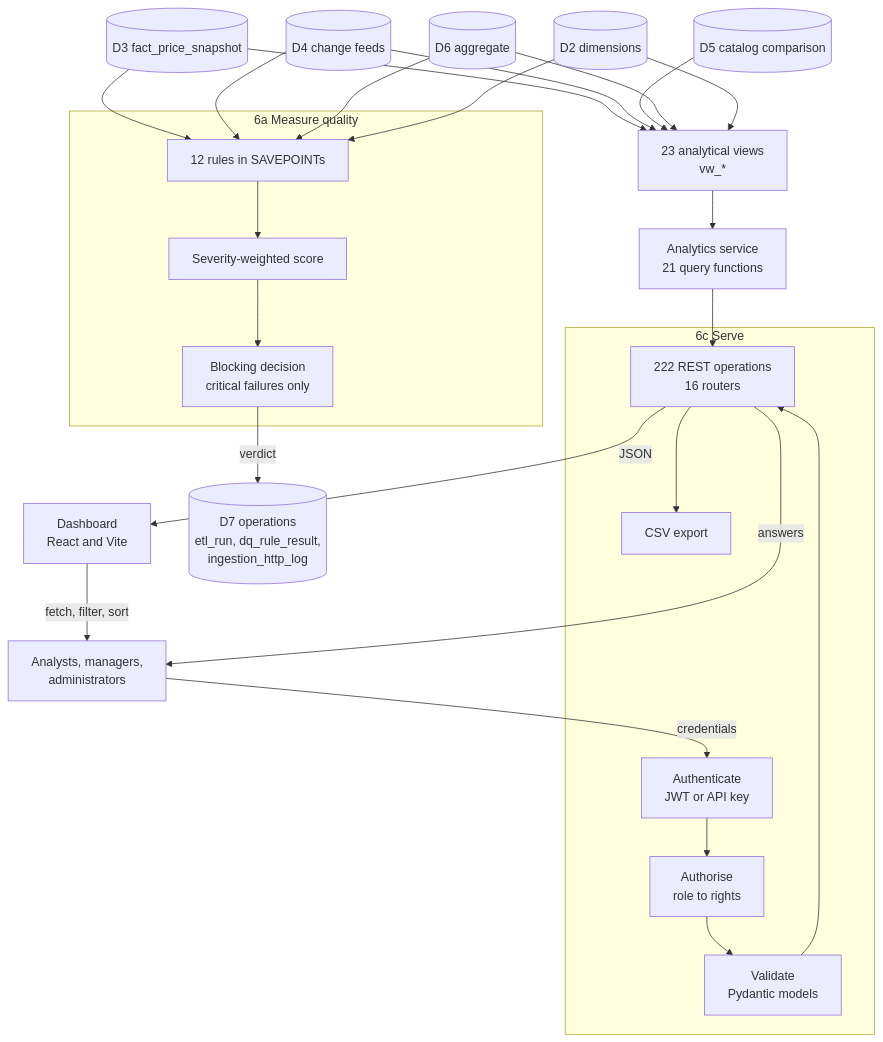
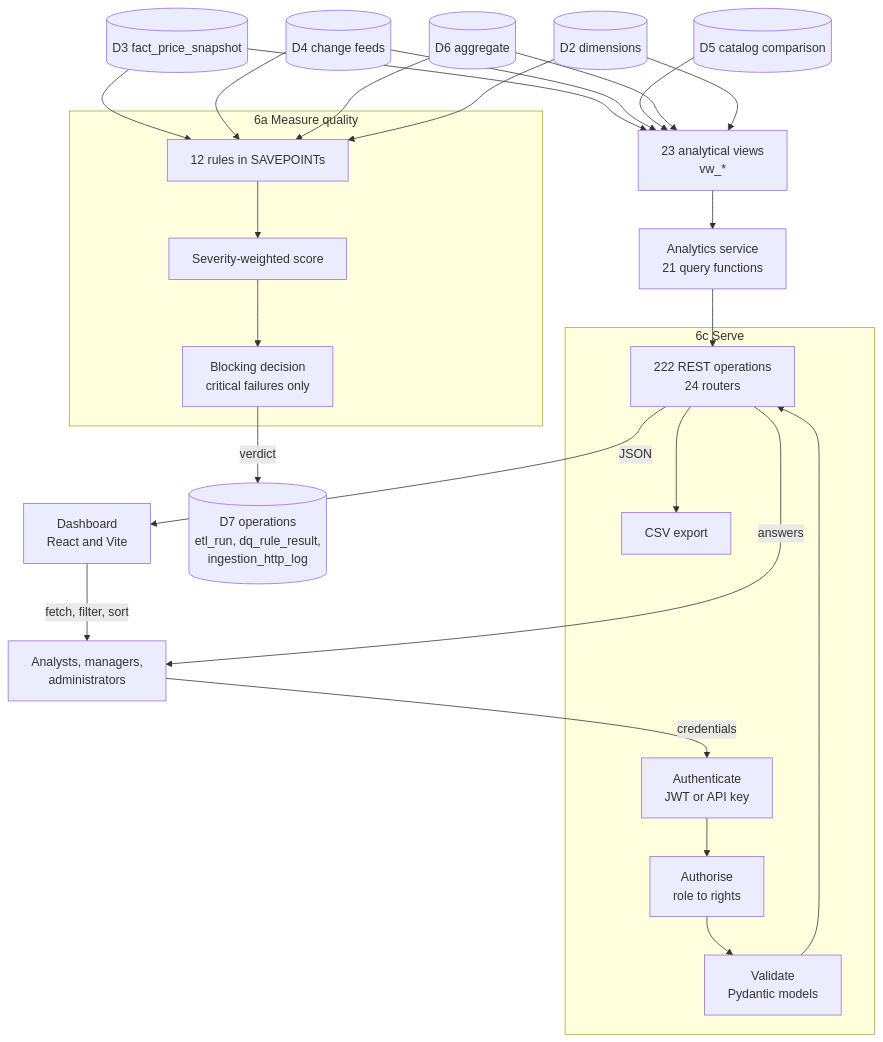
One commit to Ahmedbakr78/Web-to-Warehouse-Product-Intelligence-Pipeline changed the fifth of 6 diagrams in docs/10_data_flow_diagrams.md. Above: the diagram before and after it, drawn with Mermaid. The commit also changed 176 other files, not shown here.

First line of the commit message:
Expand the documentation and correct every stale figure in it

````diff
--- a/docs/10_data_flow_diagrams.md
+++ b/docs/10_data_flow_diagrams.md
@@ -274,51 +274,51 @@
 ```mermaid
 flowchart TB
     DS[("D3 fact_price_snapshot")]
     DC[("D4 change feeds")]
     DK[("D5 catalog comparison")]
     DA[("D6 aggregate")]
     DP[("D2 dimensions")]
     DR[("D7 operations<br/>etl_run, dq_rule_result,<br/>ingestion_http_log")]
 
     subgraph P6A["6a Measure quality"]
         Q1["12 rules in SAVEPOINTs"]
         Q2["Severity-weighted score"]
         Q3["Blocking decision<br/>critical failures only"]
     end
 
     V["23 analytical views<br/>vw_*"]
     AN["Analytics service<br/>21 query functions"]
 
     subgraph P6B["6c Serve"]
         AU["Authenticate<br/>JWT or API key"]
         RB["Authorise<br/>role to rights"]
         VAL["Validate<br/>Pydantic models"]
-        EP["222 REST operations<br/>16 routers"]
+        EP["222 REST operations<br/>24 routers"]
         CSV["CSV export"]
     end
 
     UI["Dashboard<br/>React and Vite"]
     USR["Analysts, managers,<br/>administrators"]
 
     DS --> Q1
     DC --> Q1
     DA --> Q1
     DP --> Q1
     Q1 --> Q2 --> Q3
     Q3 -->|"verdict"| DR
 
     DS --> V
     DC --> V
     DK --> V
     DA --> V
     DP --> V
     V --> AN
     AN --> EP
     EP --> CSV
 
     USR -->|"credentials"| AU
     AU --> RB --> VAL --> EP
     EP -->|"JSON"| UI
     UI -->|"fetch, filter, sort"| USR
     EP -->|"answers"| USR
 ```
````
